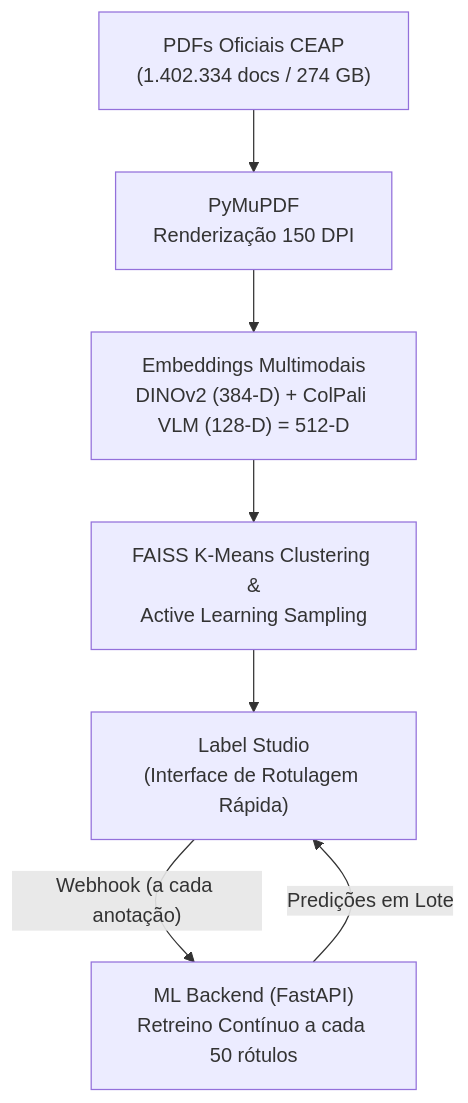
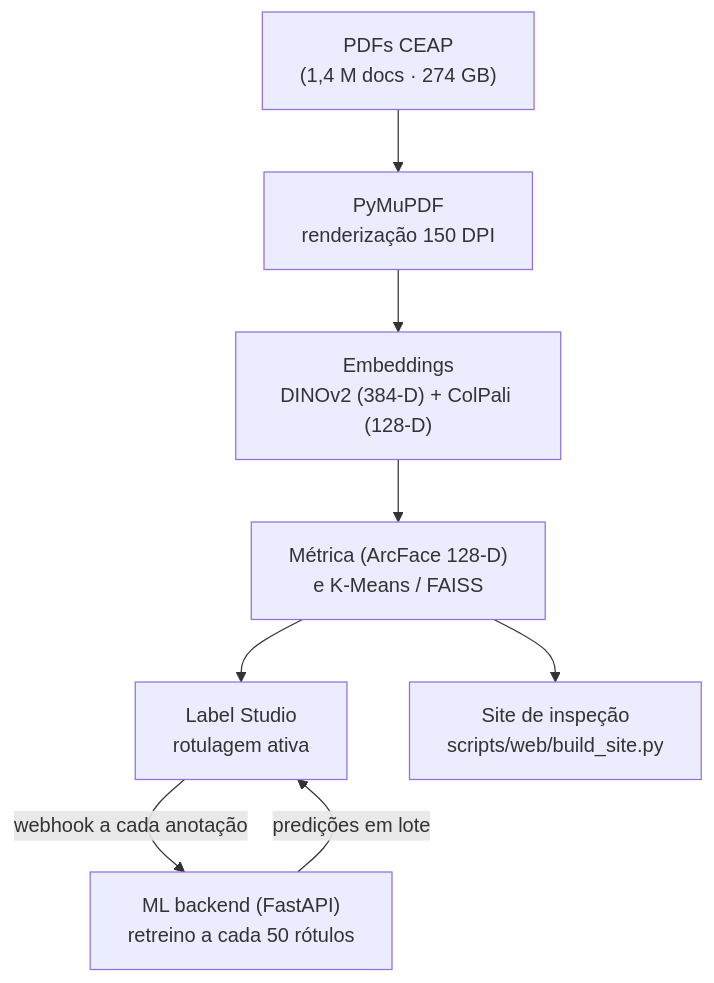
Before and after one commit to lucasdocunha/masters: the diagram in README.md, drawn with Mermaid. The commit also changed other lines of this file and 1526 other files, not shown here.

First line of the commit message:
refactor: organiza código em src/ e scripts/, dados em camadas e novo site de inspeção

````diff
--- a/README.md
+++ b/README.md
@@ -122,9 +128,10 @@
 ```mermaid
 flowchart TD
-    A["PDFs Oficiais CEAP<br>(1.402.334 docs / 274 GB)"] --> B["PyMuPDF<br>Renderização 150 DPI"]
-    B --> C["Embeddings Multimodais<br>DINOv2 (384-D) + ColPali VLM (128-D) = 512-D"]
-    C --> D["FAISS K-Means Clustering &<br>Active Learning Sampling"]
-    D --> E["Label Studio<br>(Interface de Rotulagem Rápida)"]
-    E -- "Webhook (a cada anotação)" --> F["ML Backend (FastAPI)<br>Retreino Contínuo a cada 50 rótulos"]
-    F -- "Predições em Lote" --> E
+    A["PDFs CEAP<br>(1,4 M docs · 274 GB)"] --> B["PyMuPDF<br>renderização 150 DPI"]
+    B --> C["Embeddings<br>DINOv2 (384-D) + ColPali (128-D)"]
+    C --> D["Métrica (ArcFace 128-D)<br>e K-Means / FAISS"]
+    D --> E["Label Studio<br>rotulagem ativa"]
+    E -- "webhook a cada anotação" --> F["ML backend (FastAPI)<br>retreino a cada 50 rótulos"]
+    F -- "predições em lote" --> E
+    D --> G["Site de inspeção<br>scripts/web/build_site.py"]
 ```
````
